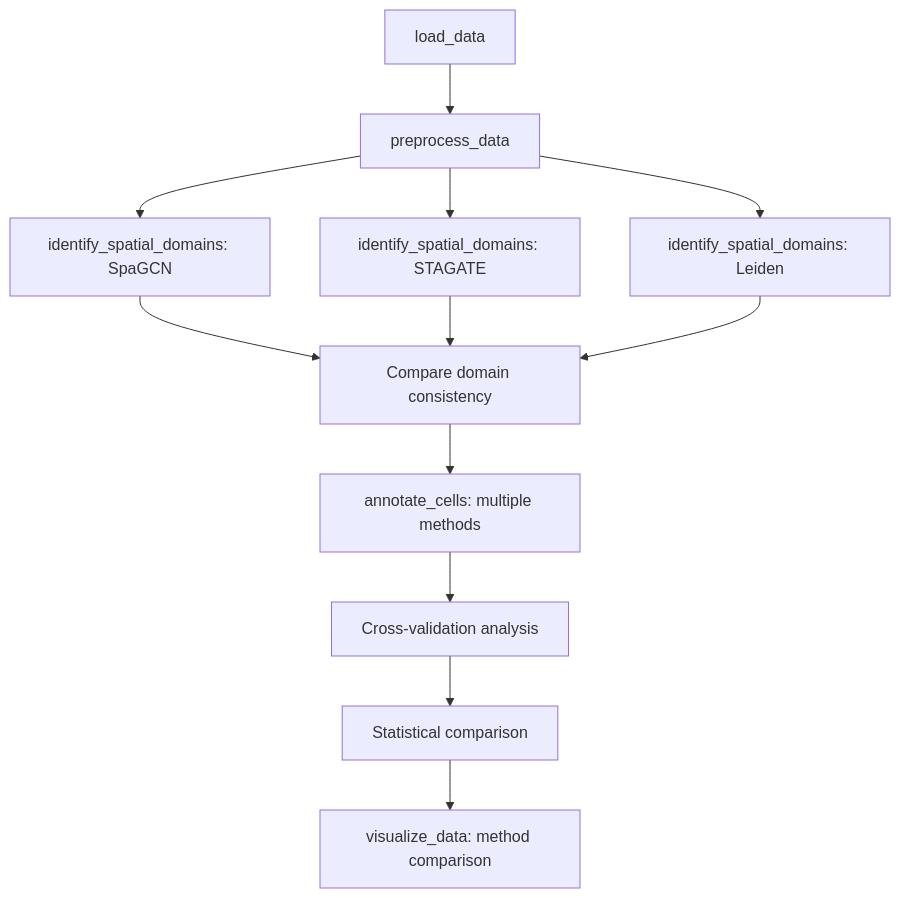
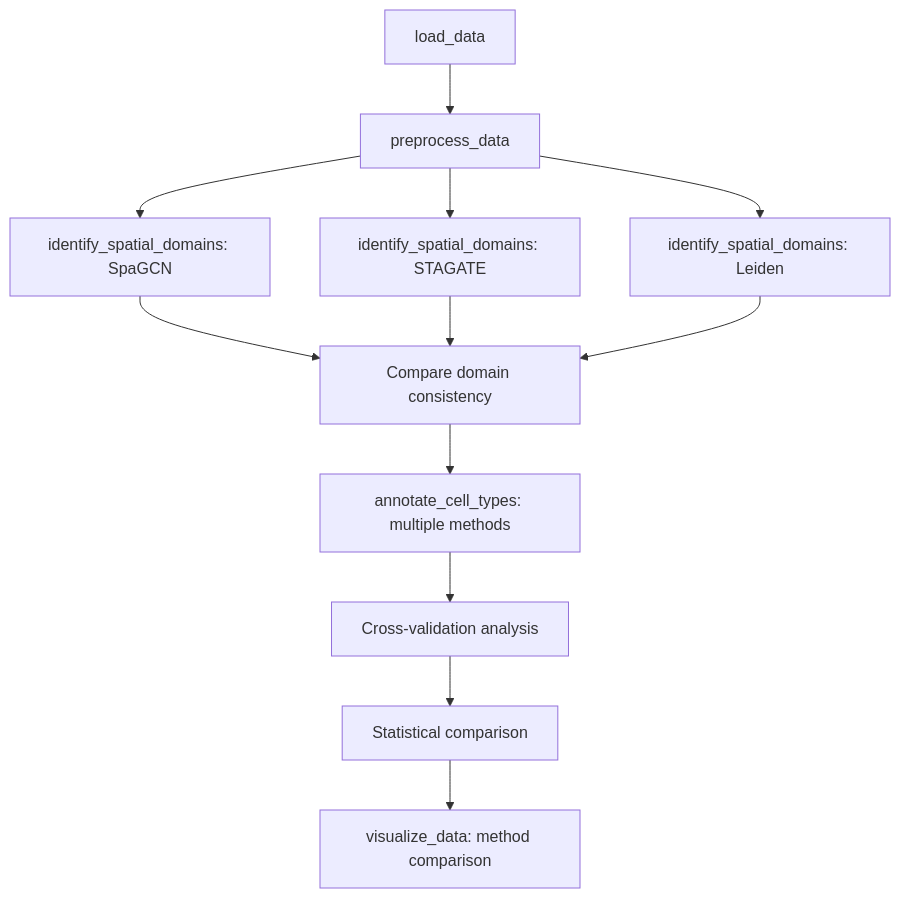
The fifth of 7 diagrams in docs/reference/quick-reference/common-workflows.md (cafferychen777/ChatSpatial), drawn with Mermaid before and after one commit. The commit also changed other lines of this file and 18 other files, not shown here.

````diff
--- a/docs/reference/quick-reference/common-workflows.md
+++ b/docs/reference/quick-reference/common-workflows.md
@@ -363,14 +363,14 @@
 ```mermaid
 graph TD
     A[load_data] --> B[preprocess_data]
     B --> C1[identify_spatial_domains: SpaGCN]
     B --> C2[identify_spatial_domains: STAGATE] 
     B --> C3[identify_spatial_domains: Leiden]
     C1 --> D[Compare domain consistency]
     C2 --> D
     C3 --> D
-    D --> E[annotate_cells: multiple methods]
+    D --> E[annotate_cell_types: multiple methods]
     E --> F[Cross-validation analysis]
     F --> G[Statistical comparison]
     G --> H[visualize_data: method comparison]
 ```
````
